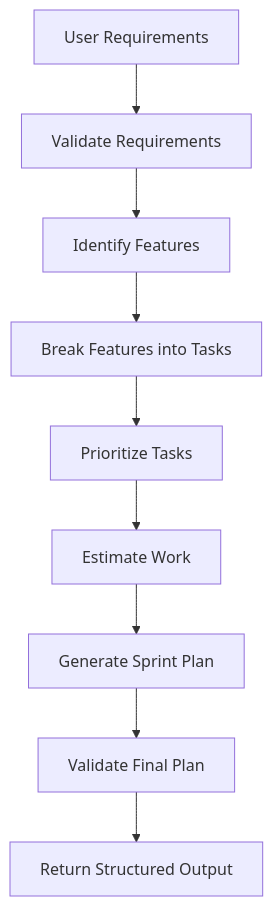
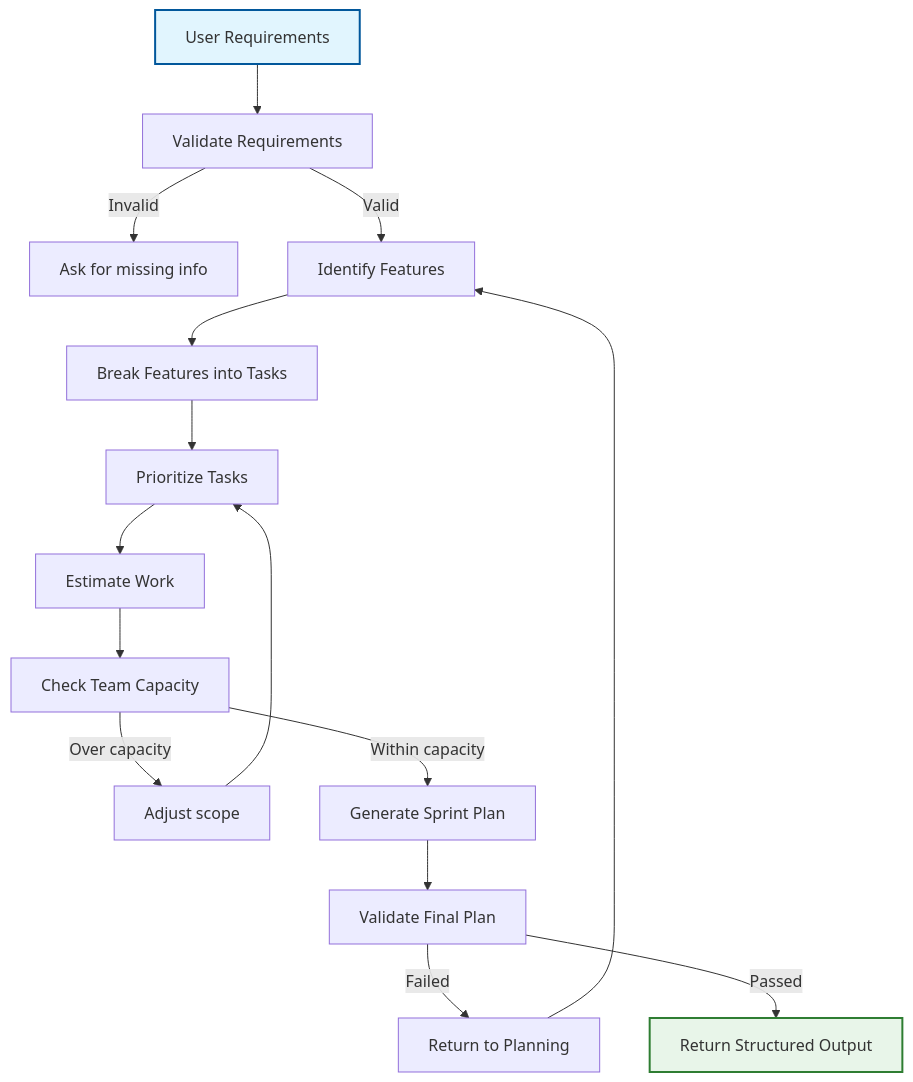
One commit to Amie-dev/FDE-and-GenAI-Mastery changed the fourth of 20 diagrams in Lecture 23 - Claude Skills/notes/02-planning-design-and-technical-requirements.md. Above: the diagram before and after it, drawn with Mermaid. The commit also changed other lines of this file and 6 other files, not shown here.

````diff
--- a/Lecture 23 - Claude Skills/notes/02-planning-design-and-technical-requirements.md
+++ b/Lecture 23 - Claude Skills/notes/02-planning-design-and-technical-requirements.md
@@ -82,11 +127,20 @@
 ```mermaid
 flowchart TD
     A["User Requirements"] --> B["Validate Requirements"]
-    B --> C["Identify Features"]
-    C --> D["Break Features into Tasks"]
-    D --> E["Prioritize Tasks"]
-    E --> F["Estimate Work"]
-    F --> G["Generate Sprint Plan"]
-    G --> H["Validate Final Plan"]
-    H --> I["Return Structured Output"]
+    B -->|Invalid| C["Ask for missing info"]
+    B -->|Valid| D["Identify Features"]
+    D --> E["Break Features into Tasks"]
+    E --> F["Prioritize Tasks"]
+    F --> G["Estimate Work"]
+    G --> H["Check Team Capacity"]
+    H -->|Over capacity| I["Adjust scope"]
+    H -->|Within capacity| J["Generate Sprint Plan"]
+    I --> F
+    J --> K["Validate Final Plan"]
+    K -->|Failed| L["Return to Planning"]
+    K -->|Passed| M["Return Structured Output"]
+    L --> D
+
+    style A fill:#e1f5fe,stroke:#01579b,stroke-width:2px
+    style M fill:#e8f5e9,stroke:#2e7d32,stroke-width:2px
 ```
````
